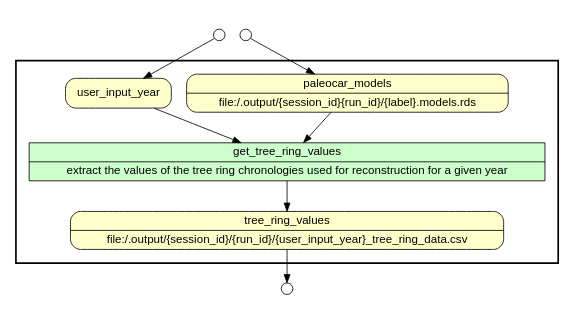
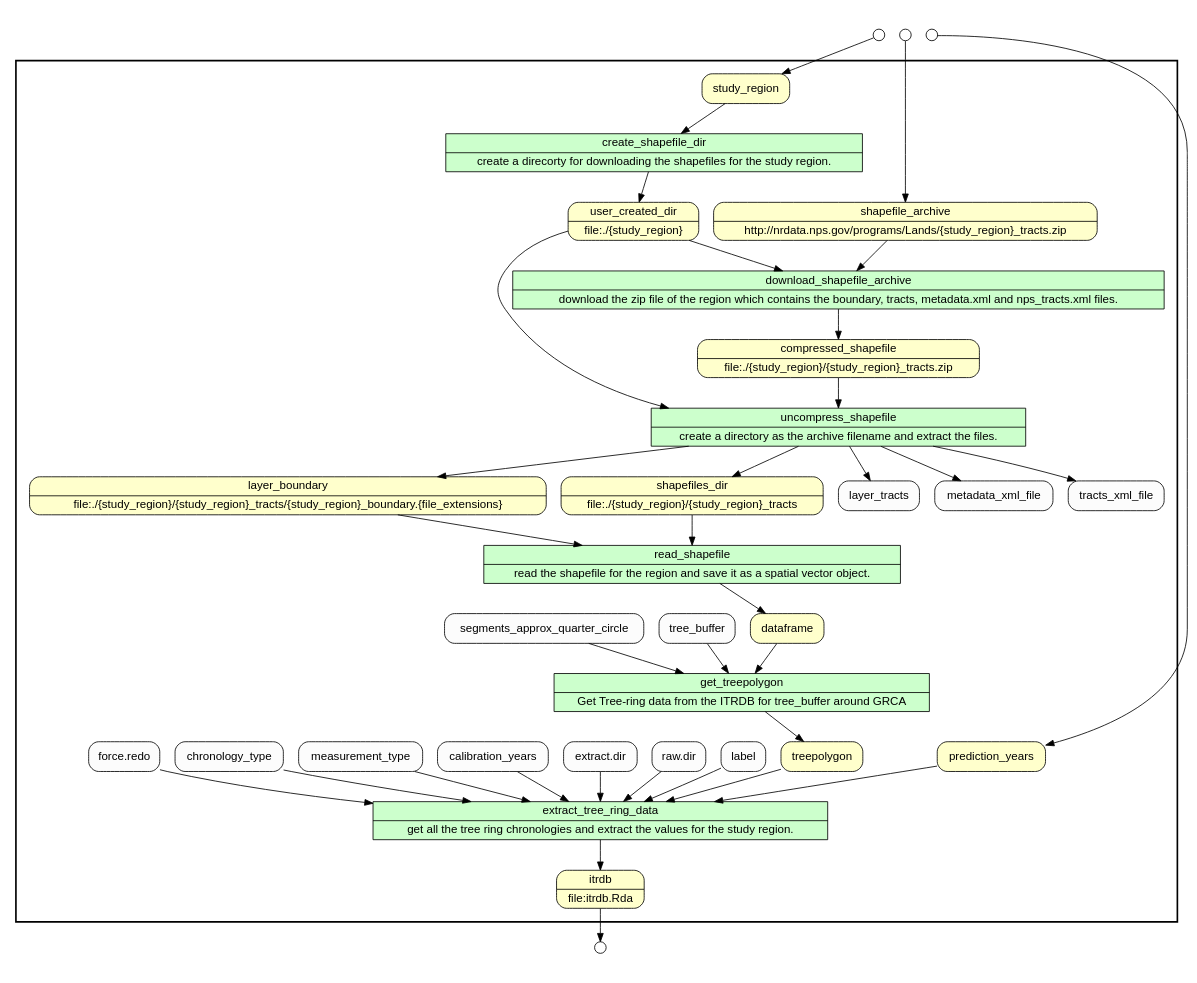
One commit to idaks/wt-prov-Summer-2017 changed the diagram in .prov_scripts/gv_files/get_tree_ring_values.gv. Above: the diagram before and after it, drawn with Graphviz. The commit also changed 238 other files, not shown here.

```diff
--- a/.prov_scripts/gv_files/get_tree_ring_values.gv
+++ b/.prov_scripts/gv_files/get_tree_ring_values.gv
@@ -1,32 +1,72 @@
 digraph Workflow {
 rankdir=TB
 fontname=Helvetica; fontsize=18; labelloc=t
 label=""
 subgraph cluster_workflow_box_outer { label=""; color=black; penwidth=2
 subgraph cluster_workflow_box_inner { label=""; penwidth=0
 node[shape=box style=filled fillcolor="#CCFFCC" peripheries=1 fontname=Helvetica]
-get_tree_ring_values [shape=record rankdir=LR label="{<f0> get_tree_ring_values |<f1> extract the values of the tree ring chronologies used for reconstruction for a given year}"];
+create_shapefile_dir [shape=record rankdir=LR label="{<f0> create_shapefile_dir |<f1> create a direcorty for downloading the shapefiles for the study region.}"];
+download_shapefile_archive [shape=record rankdir=LR label="{<f0> download_shapefile_archive |<f1> download the zip file of the region which contains the boundary, tracts, metadata.xml and nps_tracts.xml files.}"];
+uncompress_shapefile [shape=record rankdir=LR label="{<f0> uncompress_shapefile |<f1> create a directory as the archive filename and extract the files.}"];
+read_shapefile [shape=record rankdir=LR label="{<f0> read_shapefile |<f1> read the shapefile for the region and save it as a spatial vector object.}"];
+get_treepolygon [shape=record rankdir=LR label="{<f0> get_treepolygon |<f1> Get Tree-ring data from the ITRDB for tree_buffer around GRCA}"];
+extract_tree_ring_data [shape=record rankdir=LR label="{<f0> extract_tree_ring_data |<f1> get all the tree ring chronologies and extract the values for the study region.}"];
 node[shape=box style="rounded,filled" fillcolor="#FFFFCC" peripheries=1 fontname=Helvetica]
-tree_ring_values [shape=record rankdir=LR label="{<f0> tree_ring_values |<f1> file\:/.output/\{session_id\}/\{run_id\}/\{user_input_year\}_tree_ring_data.csv}"];
-paleocar_models [shape=record rankdir=LR label="{<f0> paleocar_models |<f1> file\:/.output/\{session_id\}\{run_id\}/\{label\}.models.rds}"];
-user_input_year
+itrdb [shape=record rankdir=LR label="{<f0> itrdb |<f1> file\:itrdb.Rda}"];
+study_region
+shapefile_archive [shape=record rankdir=LR label="{<f0> shapefile_archive |<f1> http\://nrdata.nps.gov/programs/Lands/\{study_region\}_tracts.zip}"];
+user_created_dir [shape=record rankdir=LR label="{<f0> user_created_dir |<f1> file\:./\{study_region\}}"];
+compressed_shapefile [shape=record rankdir=LR label="{<f0> compressed_shapefile |<f1> file\:./\{study_region\}/\{study_region\}_tracts.zip}"];
+layer_boundary [shape=record rankdir=LR label="{<f0> layer_boundary |<f1> file\:./\{study_region\}/\{study_region\}_tracts/\{study_region\}_boundary.\{file_extensions\}}"];
+shapefiles_dir [shape=record rankdir=LR label="{<f0> shapefiles_dir |<f1> file\:./\{study_region\}/\{study_region\}_tracts}"];
+dataframe
+treepolygon
+prediction_years
 node[shape=box style="rounded,filled" fillcolor="#FCFCFC" peripheries=1 fontname=Helvetica]
-get_tree_ring_values -> tree_ring_values
-paleocar_models -> get_tree_ring_values
-user_input_year -> get_tree_ring_values
+create_shapefile_dir -> user_created_dir
+study_region -> create_shapefile_dir
+download_shapefile_archive -> compressed_shapefile
+shapefile_archive -> download_shapefile_archive
+user_created_dir -> download_shapefile_archive
+uncompress_shapefile -> shapefiles_dir
+uncompress_shapefile -> layer_boundary
+uncompress_shapefile -> layer_tracts
+uncompress_shapefile -> metadata_xml_file
+uncompress_shapefile -> tracts_xml_file
+compressed_shapefile -> uncompress_shapefile
+user_created_dir -> uncompress_shapefile
+read_shapefile -> dataframe
+layer_boundary -> read_shapefile
+shapefiles_dir -> read_shapefile
+get_treepolygon -> treepolygon
+tree_buffer -> get_treepolygon
+dataframe -> get_treepolygon
+segments_approx_quarter_circle -> get_treepolygon
+extract_tree_ring_data -> itrdb
+treepolygon -> extract_tree_ring_data
+label -> extract_tree_ring_data
+"raw.dir" -> extract_tree_ring_data
+"extract.dir" -> extract_tree_ring_data
+prediction_years -> extract_tree_ring_data
+calibration_years -> extract_tree_ring_data
+measurement_type -> extract_tree_ring_data
+chronology_type -> extract_tree_ring_data
+"force.redo" -> extract_tree_ring_data
 }}
 subgraph cluster_input_ports_group_outer { label=""; penwidth=0
 subgraph cluster_input_ports_group_inner { label=""; penwidth=0
 node[shape=circle style="rounded,filled" fillcolor="#FFFFFF" peripheries=1 fontname=Helvetica width=0.2]
-paleocar_models_input_port [label=""]
-user_input_year_input_port [label=""]
+shapefile_archive_input_port [label=""]
+study_region_input_port [label=""]
+prediction_years_input_port [label=""]
 }}
 subgraph cluster_output_ports_group_outer { label=""; penwidth=0
 subgraph cluster_output_ports_group_inner { label=""; penwidth=0
 node[shape=circle style="rounded,filled" fillcolor="#FFFFFF" peripheries=1 fontname=Helvetica width=0.2]
-tree_ring_values_output_port [label=""]
+itrdb_output_port [label=""]
 }}
-paleocar_models_input_port -> paleocar_models
-user_input_year_input_port -> user_input_year
-tree_ring_values -> tree_ring_values_output_port
+shapefile_archive_input_port -> shapefile_archive
+study_region_input_port -> study_region
+prediction_years_input_port -> prediction_years
+itrdb -> itrdb_output_port
 }
```
